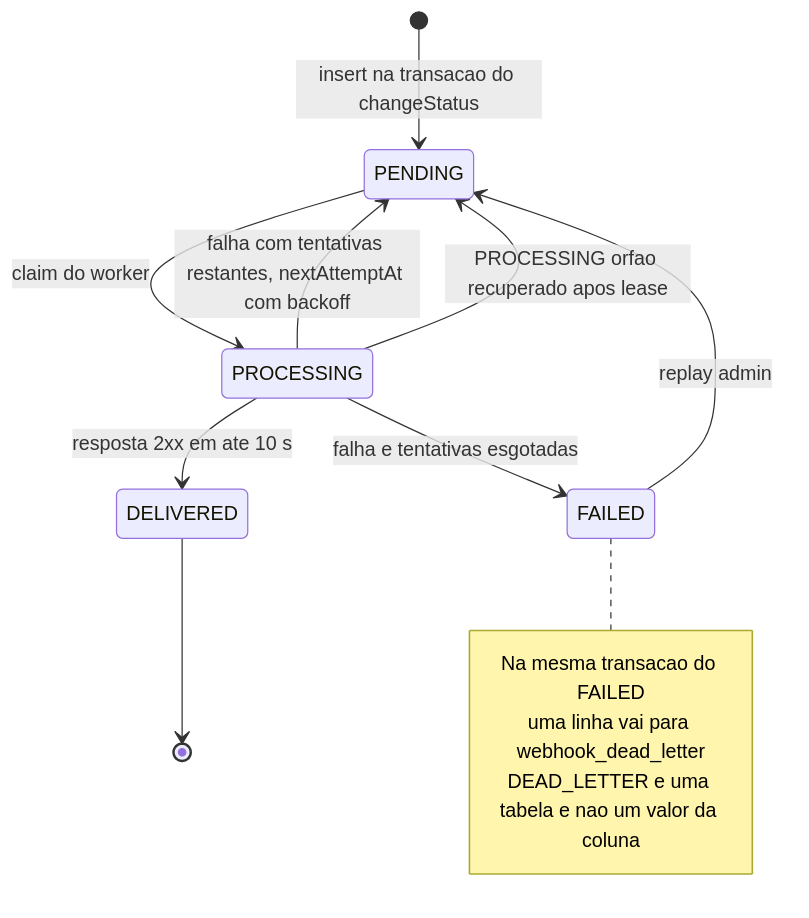
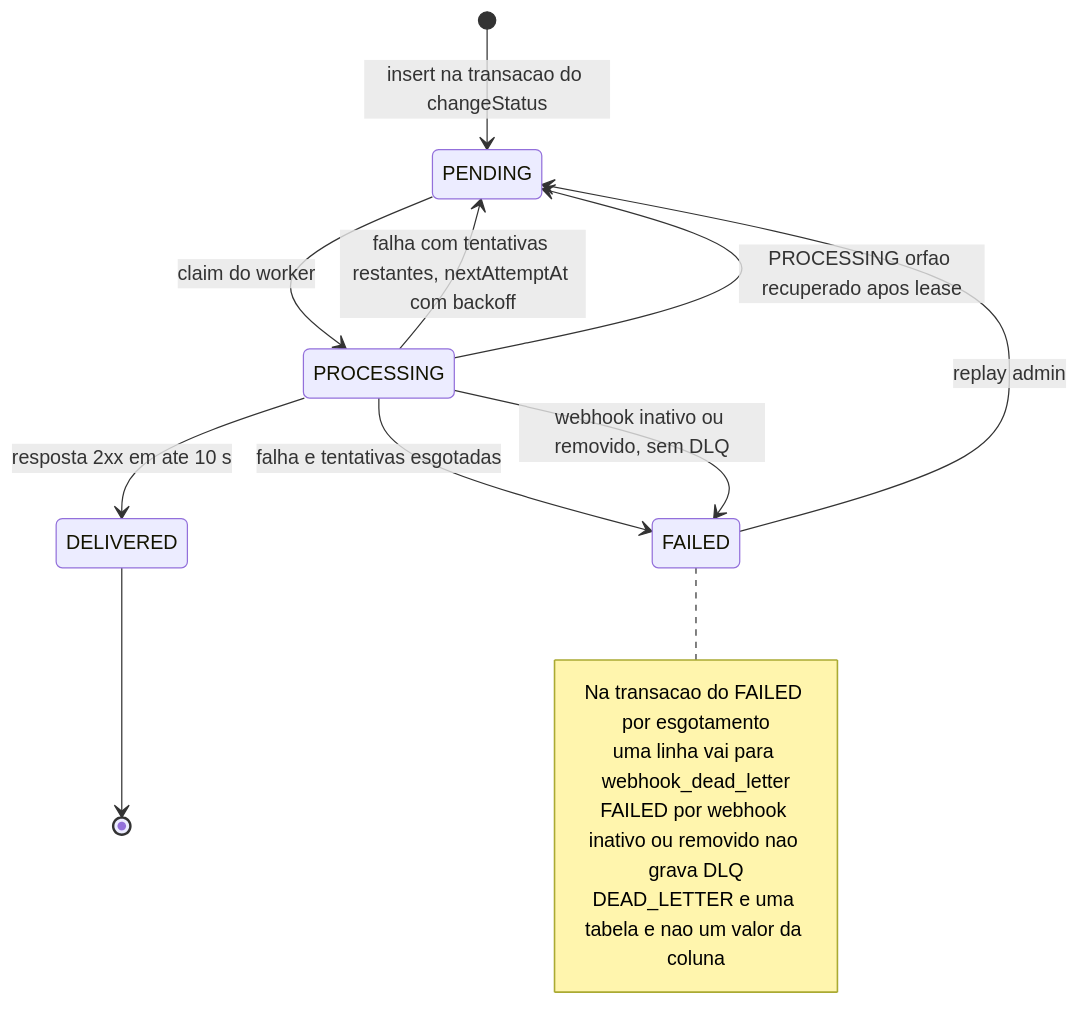
The second of 3 diagrams in docs/FDD.md (Renato27/mba-ia-desafio-design-docs-com-ia), drawn with Mermaid before and after one commit. The commit also changed other lines of this file and 11 other files, not shown here.

````diff
--- a/docs/FDD.md
+++ b/docs/FDD.md
@@ -126,16 +126,18 @@
 ```mermaid
 stateDiagram-v2
     [*] --> PENDING: insert na transacao do changeStatus
     PENDING --> PROCESSING: claim do worker
     PROCESSING --> DELIVERED: resposta 2xx em ate 10 s
     PROCESSING --> PENDING: falha com tentativas restantes, nextAttemptAt com backoff
     PROCESSING --> PENDING: PROCESSING orfao recuperado apos lease
     PROCESSING --> FAILED: falha e tentativas esgotadas
+    PROCESSING --> FAILED: webhook inativo ou removido, sem DLQ
     FAILED --> PENDING: replay admin
     DELIVERED --> [*]
     note right of FAILED
-        Na mesma transacao do FAILED
+        Na transacao do FAILED por esgotamento
         uma linha vai para webhook_dead_letter
+        FAILED por webhook inativo ou removido nao grava DLQ
         DEAD_LETTER e uma tabela e nao um valor da coluna
     end note
 ```
````
